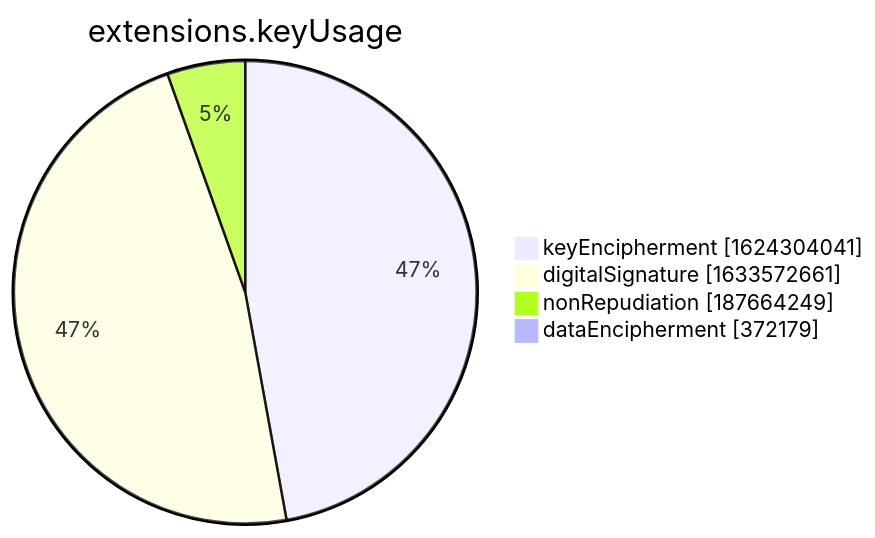
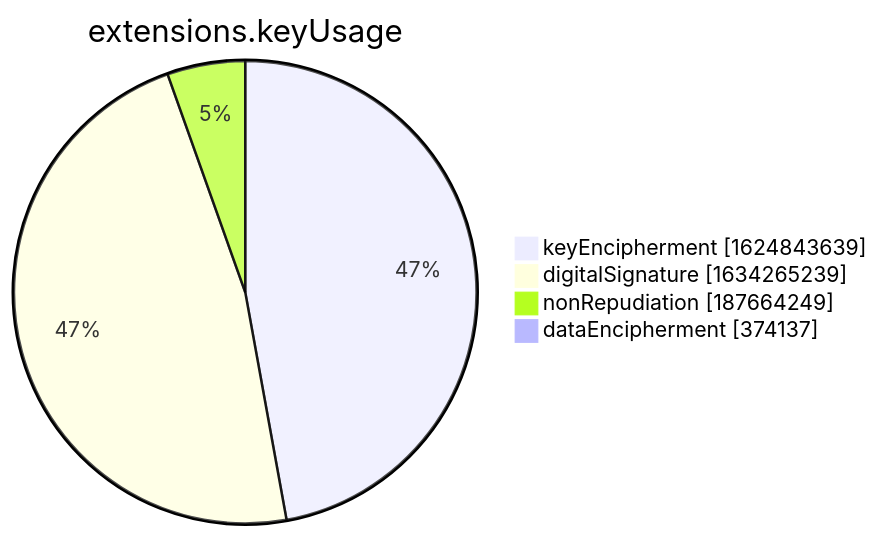
Before and after one commit to christiankrug/ctmonitor_visualization: the seventh of 15 diagrams in xenon2022/README.md, drawn with Mermaid. The commit also changed other lines of this file, not shown here.

````diff
--- a/xenon2022/README.md
+++ b/xenon2022/README.md
@@ -2855,8 +2855,8 @@
 ```mermaid
 pie showData
 title extensions.keyUsage
-"keyEncipherment" :1624304041
-"digitalSignature" :1633572661
+"keyEncipherment" :1624843639
+"digitalSignature" :1634265239
 "nonRepudiation" :187664249
-"dataEncipherment" :372179
+"dataEncipherment" :374137
 ```
````
